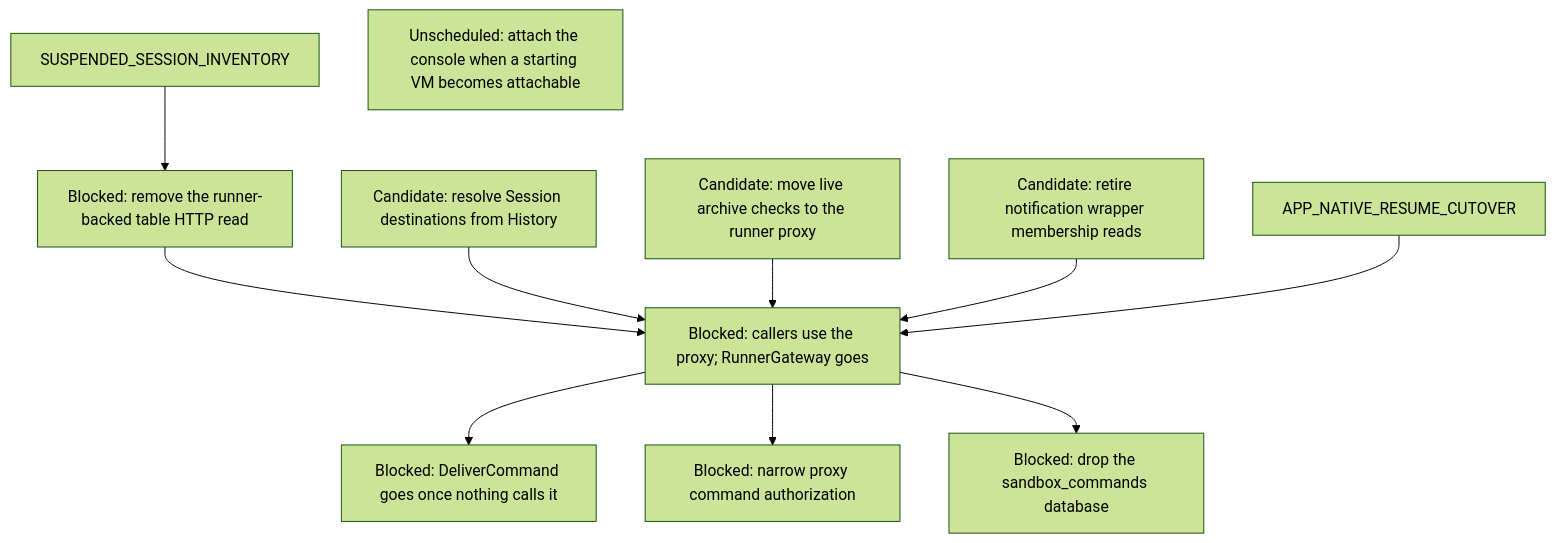
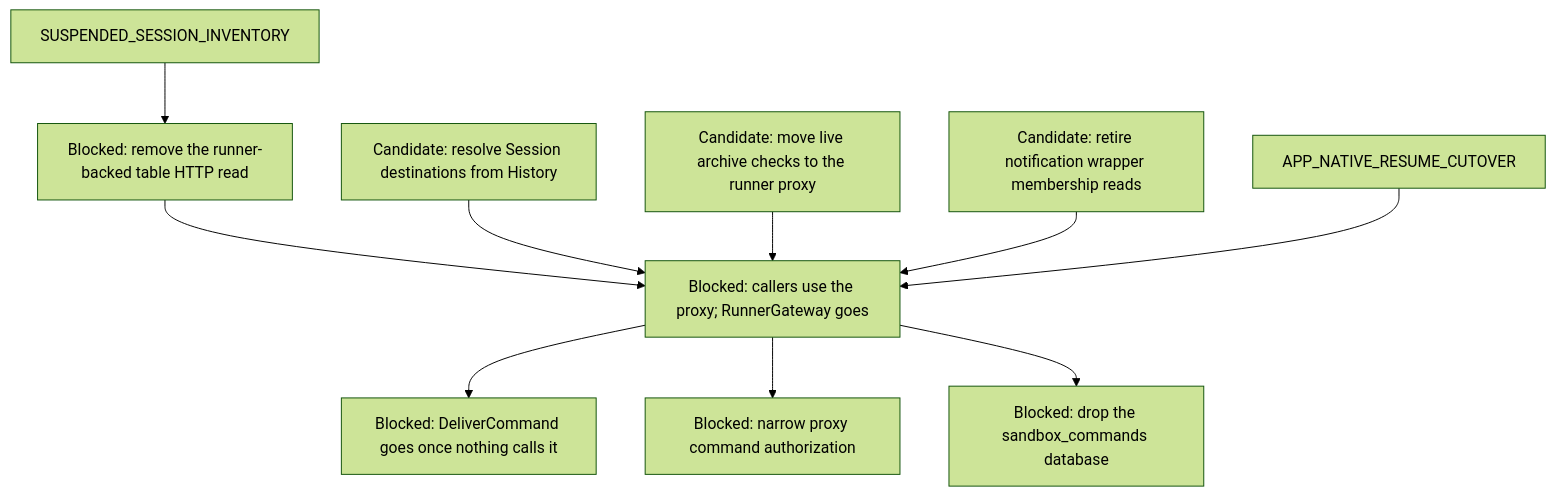
Diagram 15 of 15 in agentplane/plans/task_dag.md (agentydragon/ducktape), drawn with Mermaid (forest theme) before and after one commit. The commit also changed other lines of this file, not shown here.

Commit message:
Place VM console task with VM lifecycle work

````diff
--- a/agentplane/plans/task_dag.md
+++ b/agentplane/plans/task_dag.md
@@ -1094,17 +1104,16 @@
 ```mermaid
 flowchart TD
     RUNNER_COMMAND_RPCS[Blocked: DeliverCommand goes once nothing calls it]
     GATEWAY_WRAPPER_RETIRE --> RUNNER_COMMAND_RPCS
     GATEWAY_WRAPPER_RETIRE[Blocked: callers use the proxy; RunnerGateway goes]
     SUSPENDED_SESSION_INVENTORY --> APP_SESSION_LIST_ROUTE_RETIRE[Blocked: remove the runner-backed table HTTP read]
     APP_SESSION_LIST_ROUTE_RETIRE --> GATEWAY_WRAPPER_RETIRE
     APP_SESSION_DESTINATION_HISTORY[Candidate: resolve Session destinations from History] --> GATEWAY_WRAPPER_RETIRE
     APP_ARCHIVE_RUNNER_READ_MIGRATION[Candidate: move live archive checks to the runner proxy] --> GATEWAY_WRAPPER_RETIRE
     NOTIFICATION_SESSION_MEMBERSHIP_MIGRATION[Candidate: retire notification wrapper membership reads] --> GATEWAY_WRAPPER_RETIRE
     APP_NATIVE_RESUME_CUTOVER --> GATEWAY_WRAPPER_RETIRE
-    VM_CONSOLE_DEFERRED_ATTACH[Unscheduled: attach the console when a starting VM becomes attachable]
     GATEWAY_DATABASE_DROP[Blocked: drop the sandbox_commands database]
     PROXY_START_METHODS_DISPATCHER_ONLY[Blocked: narrow proxy command authorization]
     GATEWAY_WRAPPER_RETIRE --> PROXY_START_METHODS_DISPATCHER_ONLY
     GATEWAY_WRAPPER_RETIRE --> GATEWAY_DATABASE_DROP
 ```
````
